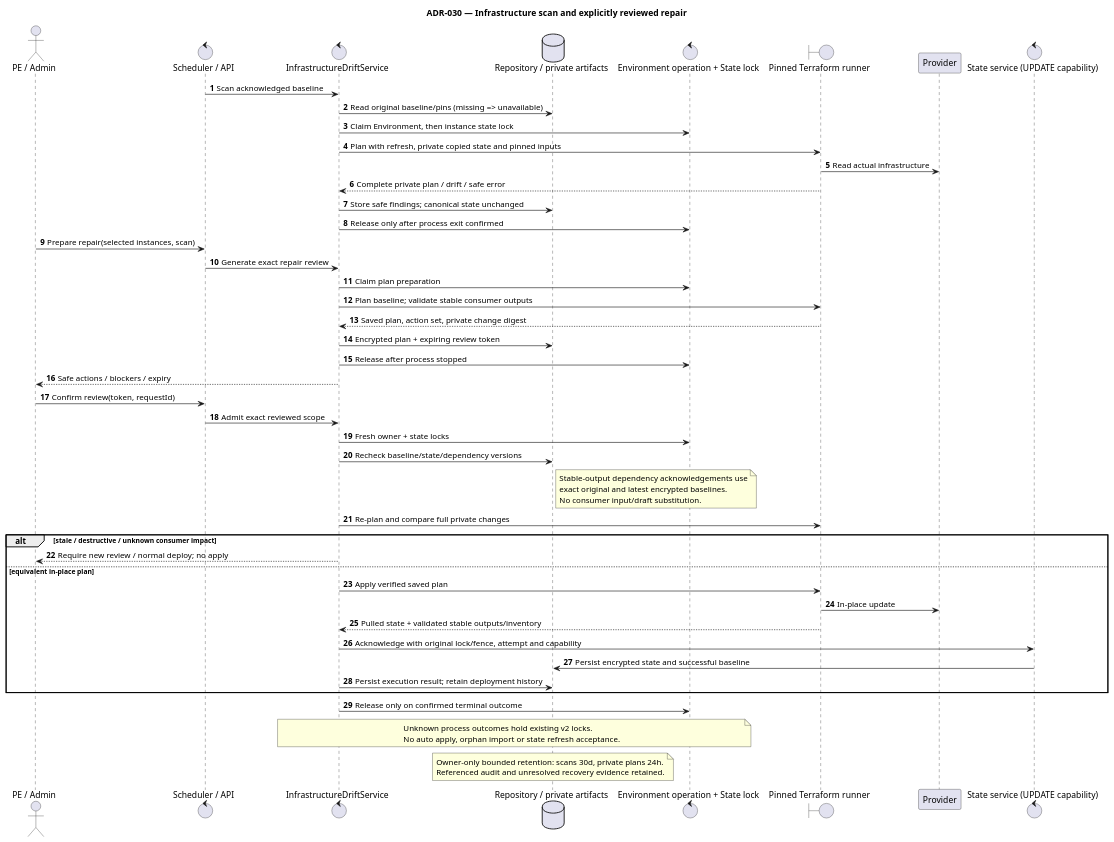
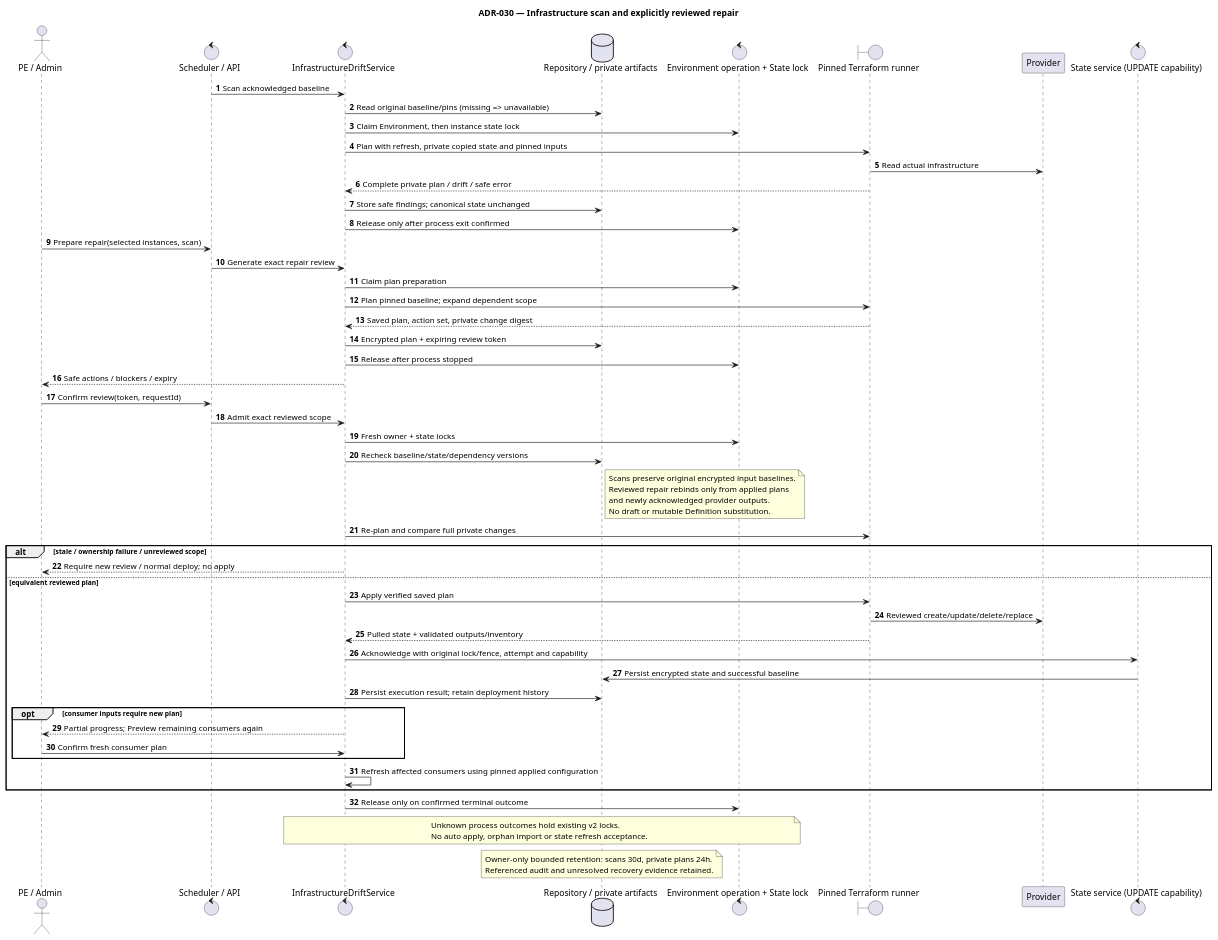
The diagram in orchestrator_docs/architecture/components/infrastructure-drift-sequence.puml (pr3s3nt/poc), drawn with PlantUML before and after one commit. The commit also changed 43 other files, not shown here.

Commit message:
feat(drift): implement full reviewed Terraform repair

```diff
--- a/orchestrator_docs/architecture/components/infrastructure-drift-sequence.puml
+++ b/orchestrator_docs/architecture/components/infrastructure-drift-sequence.puml
@@ -1,57 +1,63 @@
 @startuml
 title ADR-030 — Infrastructure scan and explicitly reviewed repair
 autonumber
 actor "PE / Admin" as User
 control "Scheduler / API" as Trigger
 control "InfrastructureDriftService" as Service
 database "Repository / private artifacts" as DB
 control "Environment operation + State lock" as Lock
 boundary "Pinned Terraform runner" as TF
 participant "Provider" as Provider
 control "State service (UPDATE capability)" as State
 Trigger -> Service: Scan acknowledged baseline
 Service -> DB: Read original baseline/pins (missing => unavailable)
 Service -> Lock: Claim Environment, then instance state lock
 Service -> TF: Plan with refresh, private copied state and pinned inputs
 TF -> Provider: Read actual infrastructure
 TF --> Service: Complete private plan / drift / safe error
 Service -> DB: Store safe findings; canonical state unchanged
 Service -> Lock: Release only after process exit confirmed
 User -> Trigger: Prepare repair(selected instances, scan)
 Trigger -> Service: Generate exact repair review
 Service -> Lock: Claim plan preparation
-Service -> TF: Plan baseline; validate stable consumer outputs
+Service -> TF: Plan pinned baseline; expand dependent scope
 TF --> Service: Saved plan, action set, private change digest
 Service -> DB: Encrypted plan + expiring review token
 Service -> Lock: Release after process stopped
 Service --> User: Safe actions / blockers / expiry
 User -> Trigger: Confirm review(token, requestId)
 Trigger -> Service: Admit exact reviewed scope
 Service -> Lock: Fresh owner + state locks
 Service -> DB: Recheck baseline/state/dependency versions
 note right of DB
-Stable-output dependency acknowledgements use
-exact original and latest encrypted baselines.
-No consumer input/draft substitution.
+Scans preserve original encrypted input baselines.
+Reviewed repair rebinds only from applied plans
+and newly acknowledged provider outputs.
+No draft or mutable Definition substitution.
 end note
 Service -> TF: Re-plan and compare full private changes
-alt stale / destructive / unknown consumer impact
+alt stale / ownership failure / unreviewed scope
   Service --> User: Require new review / normal deploy; no apply
-else equivalent in-place plan
+else equivalent reviewed plan
   Service -> TF: Apply verified saved plan
-  TF -> Provider: In-place update
-  TF --> Service: Pulled state + validated stable outputs/inventory
+  TF -> Provider: Reviewed create/update/delete/replace
+  TF --> Service: Pulled state + validated outputs/inventory
   Service -> State: Acknowledge with original lock/fence, attempt and capability
   State -> DB: Persist encrypted state and successful baseline
   Service -> DB: Persist execution result; retain deployment history
+  opt consumer inputs require new plan
+    Service --> User: Partial progress; Preview remaining consumers again
+    User -> Service: Confirm fresh consumer plan
+  end
+  Service -> Service: Refresh affected consumers using pinned applied configuration
 end
 Service -> Lock: Release only on confirmed terminal outcome
 note over Service, Lock
 Unknown process outcomes hold existing v2 locks.
 No auto apply, orphan import or state refresh acceptance.
 end note
 note over DB
 Owner-only bounded retention: scans 30d, private plans 24h.
 Referenced audit and unresolved recovery evidence retained.
 end note
 @enduml
```
